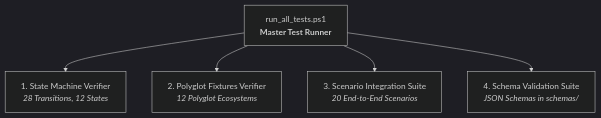
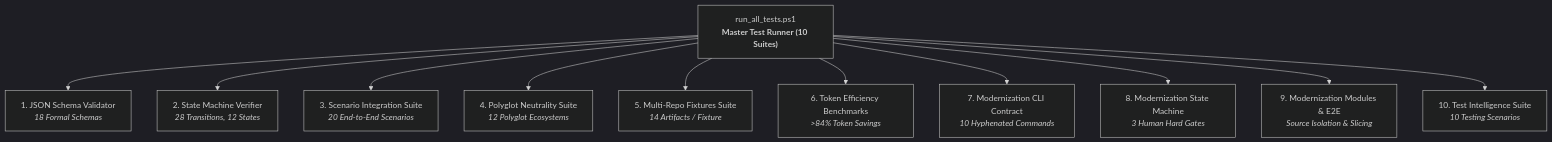
Before and after one commit to paarthivnaik/DevWeave: the diagram in docs/conformance.md, drawn with Mermaid (dark theme). The commit also changed other lines of this file and 12 other files, not shown here.

Commit message:
docs: update product documentation for V1.1 Modernization, Test Intelligence, and 31 skills catalog

````diff
--- a/docs/conformance.md
+++ b/docs/conformance.md
@@ -9,7 +9,13 @@
 ```mermaid
 flowchart TD
-    RUN_ALL["run_all_tests.ps1<br><b>Master Test Runner</b>"] --> S1["1. State Machine Verifier<br><i>28 Transitions, 12 States</i>"]
-    RUN_ALL --> S2["2. Polyglot Fixtures Verifier<br><i>12 Polyglot Ecosystems</i>"]
+    RUN_ALL["run_all_tests.ps1<br><b>Master Test Runner (10 Suites)</b>"] --> S1["1. JSON Schema Validator<br><i>18 Formal Schemas</i>"]
+    RUN_ALL --> S2["2. State Machine Verifier<br><i>28 Transitions, 12 States</i>"]
     RUN_ALL --> S3["3. Scenario Integration Suite<br><i>20 End-to-End Scenarios</i>"]
-    RUN_ALL --> S4["4. Schema Validation Suite<br><i>JSON Schemas in schemas/</i>"]
+    RUN_ALL --> S4["4. Polyglot Neutrality Suite<br><i>12 Polyglot Ecosystems</i>"]
+    RUN_ALL --> S5["5. Multi-Repo Fixtures Suite<br><i>14 Artifacts / Fixture</i>"]
+    RUN_ALL --> S6["6. Token Efficiency Benchmarks<br><i>&gt;84% Token Savings</i>"]
+    RUN_ALL --> S7["7. Modernization CLI Contract<br><i>10 Hyphenated Commands</i>"]
+    RUN_ALL --> S8["8. Modernization State Machine<br><i>3 Human Hard Gates</i>"]
+    RUN_ALL --> S9["9. Modernization Modules & E2E<br><i>Source Isolation & Slicing</i>"]
+    RUN_ALL --> S10["10. Test Intelligence Suite<br><i>10 Testing Scenarios</i>"]
 ```
````
